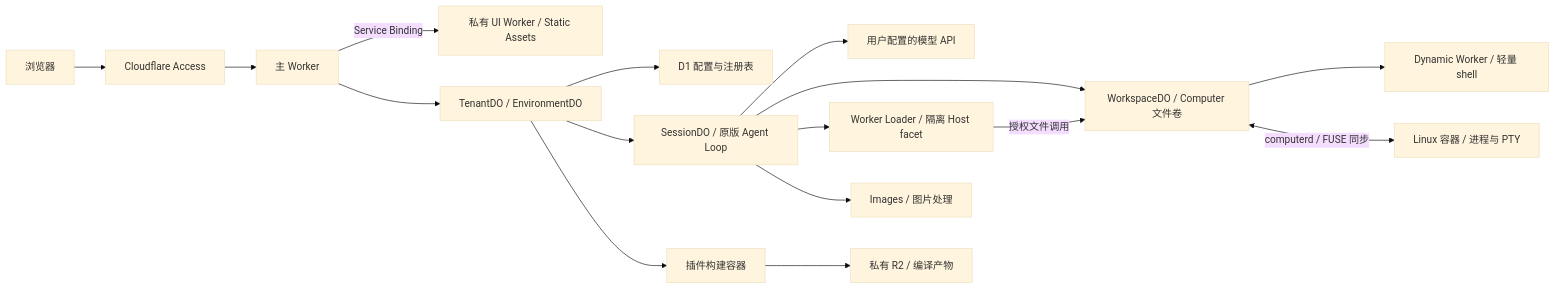
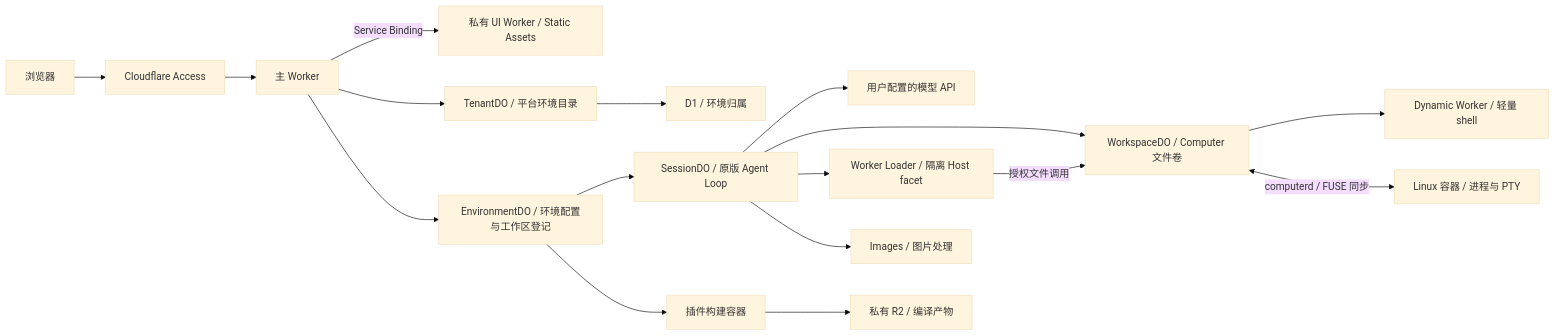
Before and after one commit to lacia-hIE/Weft: the diagram in README.md, drawn with Mermaid (base theme). The commit also changed other lines of this file and 20 other files, not shown here.

````diff
--- a/README.md
+++ b/README.md
@@ -62,18 +62,19 @@
 ```mermaid
 flowchart LR
     Browser[浏览器] --> Access[Cloudflare Access]
     Access --> Worker[主 Worker]
     Worker -->|Service Binding| UI[私有 UI Worker / Static Assets]
-    Worker --> Environment[TenantDO / EnvironmentDO]
-    Environment --> Settings[D1 配置与注册表]
+    Worker --> Tenant[TenantDO / 平台环境目录]
+    Tenant --> Catalogue[D1 / 环境归属]
+    Worker --> Environment[EnvironmentDO / 环境配置与工作区登记]
     Environment --> Session[SessionDO / 原版 Agent Loop]
     Session --> Model[用户配置的模型 API]
     Session --> Workspace[WorkspaceDO / Computer 文件卷]
     Workspace --> Shell[Dynamic Worker / 轻量 shell]
     Workspace <-->|computerd / FUSE 同步| Container[Linux 容器 / 进程与 PTY]
     Session --> Plugins[Worker Loader / 隔离 Host facet]
     Plugins -->|授权文件调用| Workspace
     Session --> Images[Images / 图片处理]
     Environment --> Builder[插件构建容器]
     Builder --> Artifacts[私有 R2 / 编译产物]
 ```
````
